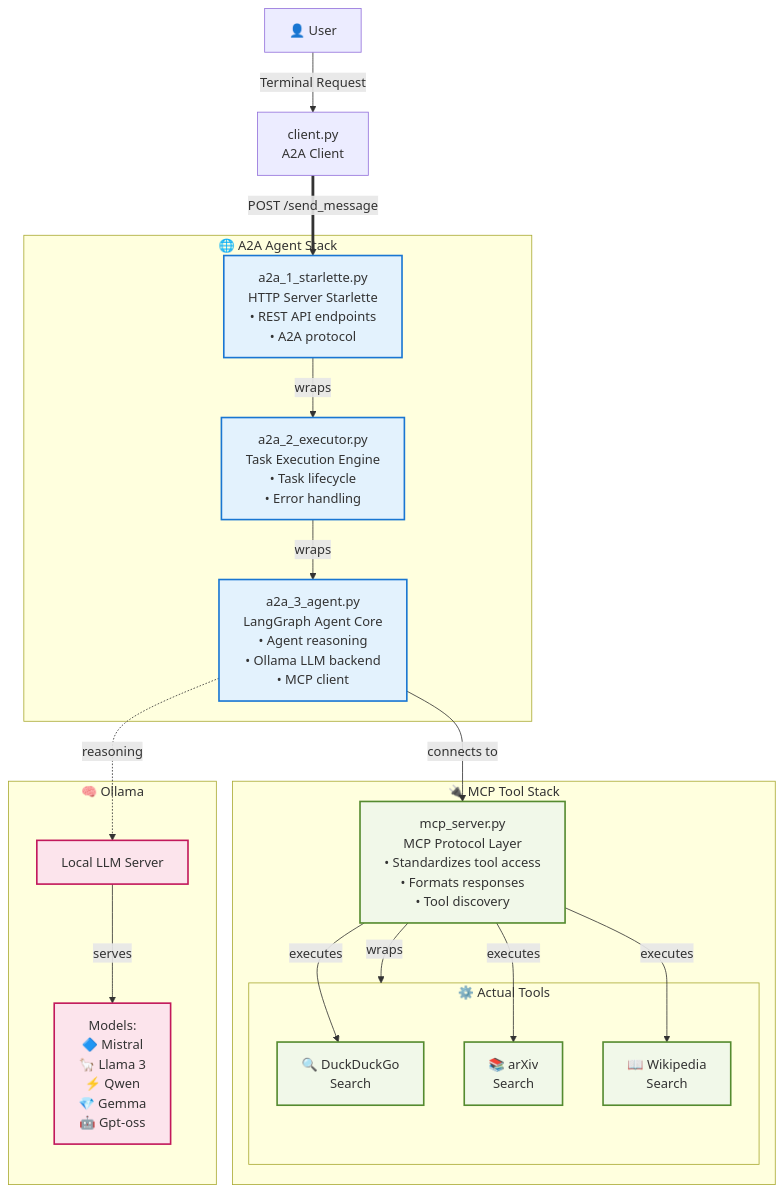
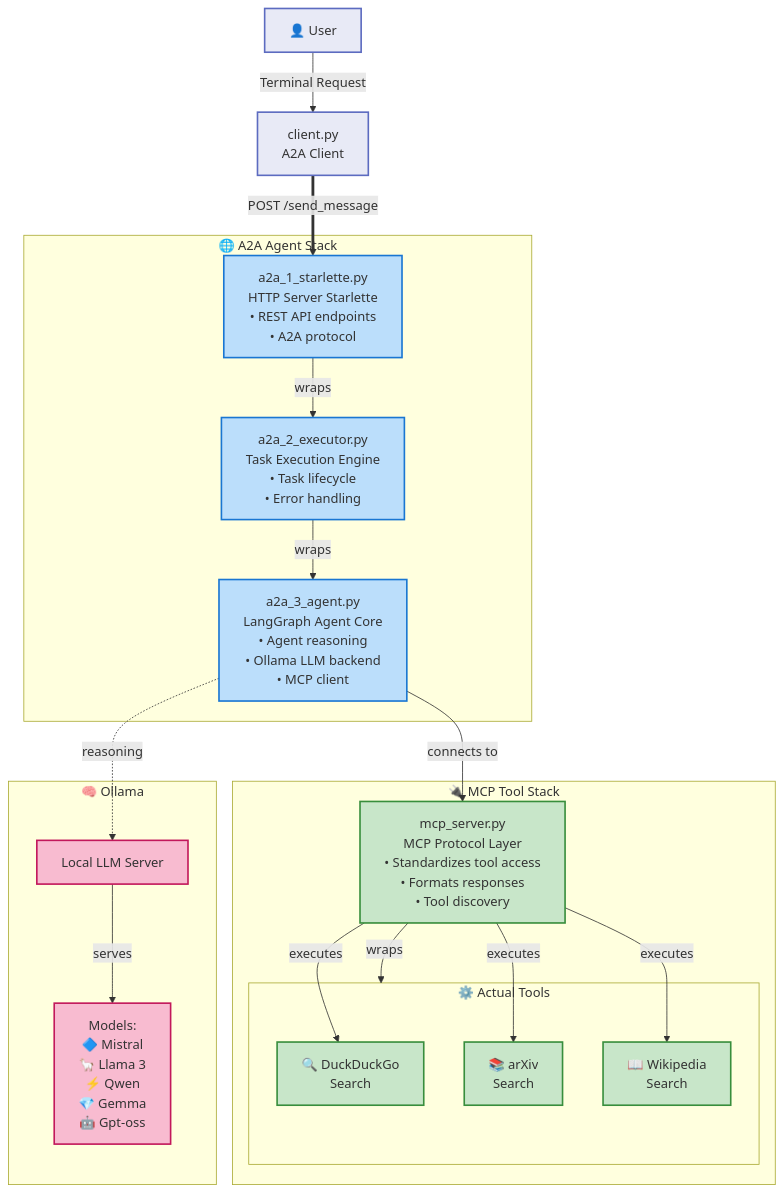
Before and after one commit to JuanMaParraU/a2a-mcp-langgraph-agent-local: the diagram in README.md, drawn with Mermaid.

````diff
--- a/README.md
+++ b/README.md
@@ -141,47 +141,49 @@
 ```mermaid
 graph TB
     User[👤 User]
     Client[client.py<br/>A2A Client]
     
     subgraph A2A_Stack["🌐 A2A Agent Stack"]
         Starlette[a2a_1_starlette.py<br/>HTTP Server Starlette<br/>• REST API endpoints<br/>• A2A protocol]
         Executor[a2a_2_executor.py<br/>Task Execution Engine<br/>• Task lifecycle<br/>• Error handling]
         Agent[a2a_3_agent.py<br/>LangGraph Agent Core<br/>• Agent reasoning<br/>• Ollama LLM backend<br/>• MCP client]
     end
     
     subgraph MCP_Stack["🔌 MCP Tool Stack"]
         MCP[mcp_server.py<br/>MCP Protocol Layer<br/>• Standardizes tool access<br/>• Formats responses<br/>• Tool discovery]
         
         subgraph Tools["⚙️ Actual Tools"]
             DDG[🔍 DuckDuckGo<br/>Search]
             ArXiv[📚 arXiv<br/>Search]
             Wiki[📖 Wikipedia<br/>Search]
         end
     end
     
     subgraph Ollama["🧠 Ollama"]
         LLM[Local LLM Server]
         Models["Models:<br/>🔷 Mistral<br/>🦙 Llama 3<br/>⚡ Qwen<br/>💎 Gemma<br/>🤖 Gpt-oss"]
     end
     
     LLM -->|serves| Models
     
     User -->|Terminal Request| Client
     Client ==>|POST /send_message| Starlette
     Starlette -->|wraps| Executor
     Executor -->|wraps| Agent
     Agent -->|connects to| MCP
     Agent -.->|reasoning| LLM
     MCP -->|wraps| Tools
     MCP -->|executes| DDG
     MCP -->|executes| ArXiv
     MCP -->|executes| Wiki
     
-    classDef a2a fill:#e3f2fd,stroke:#1976d2,stroke-width:2px
-    classDef mcp fill:#f1f8e9,stroke:#558b2f,stroke-width:2px
-    classDef ollama fill:#fce4ec,stroke:#c2185b,stroke-width:2px
+    classDef userStyle fill:#e8eaf6,stroke:#5c6bc0,stroke-width:2px
+    classDef a2aBox fill:#bbdefb,stroke:#1976d2,stroke-width:2px
+    classDef mcpBox fill:#c8e6c9,stroke:#388e3c,stroke-width:2px
+    classDef ollamaBox fill:#f8bbd0,stroke:#c2185b,stroke-width:2px
     
-    class Starlette,Executor,Agent a2a
-    class MCP,DDG,ArXiv,Wiki mcp
-    class LLM,Models ollama
+    class User,Client userStyle
+    class Starlette,Executor,Agent a2aBox
+    class MCP,DDG,ArXiv,Wiki mcpBox
+    class LLM,Models ollamaBox
 ```
````
